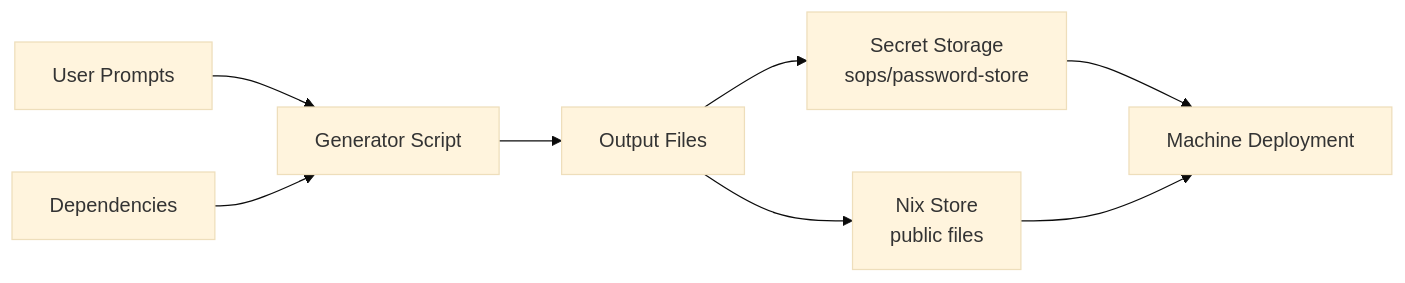
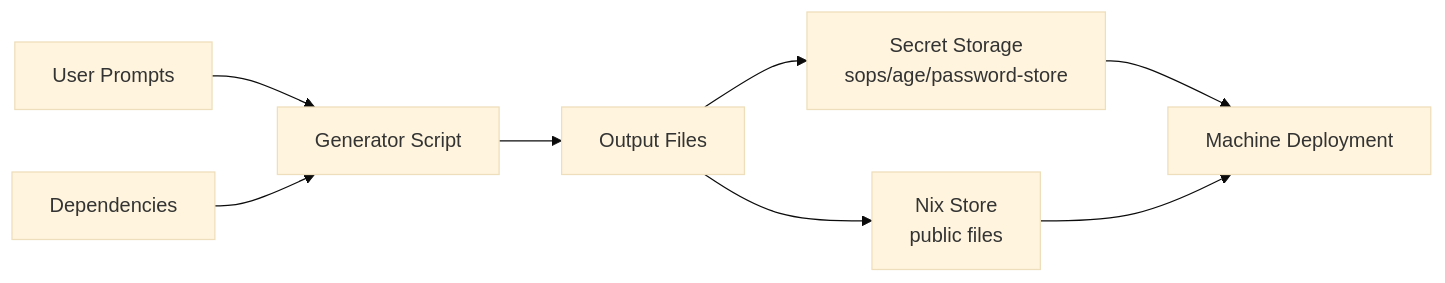
Before and after one commit to clan-lol/clan-core: the first of 2 diagrams in docs/site/guides/vars/vars-concepts.md, drawn with Mermaid (base theme). The commit also changed other lines of this file and 23 other files, not shown here.

First line of the commit message:
vars: add plain age secret backend

````diff
--- a/docs/site/guides/vars/vars-concepts.md
+++ b/docs/site/guides/vars/vars-concepts.md
@@ -13,10 +13,10 @@
 ```mermaid
 graph LR
     A[Generator Script] --> B[Output Files]
     C[User Prompts] --> A
     D[Dependencies] --> A
-    B --> E[Secret Storage<br/>sops/password-store]
+    B --> E[Secret Storage<br/>sops/age/password-store]
     B --> F[Nix Store<br/>public files]
     E --> G[Machine Deployment]
     F --> G
 ```
````
